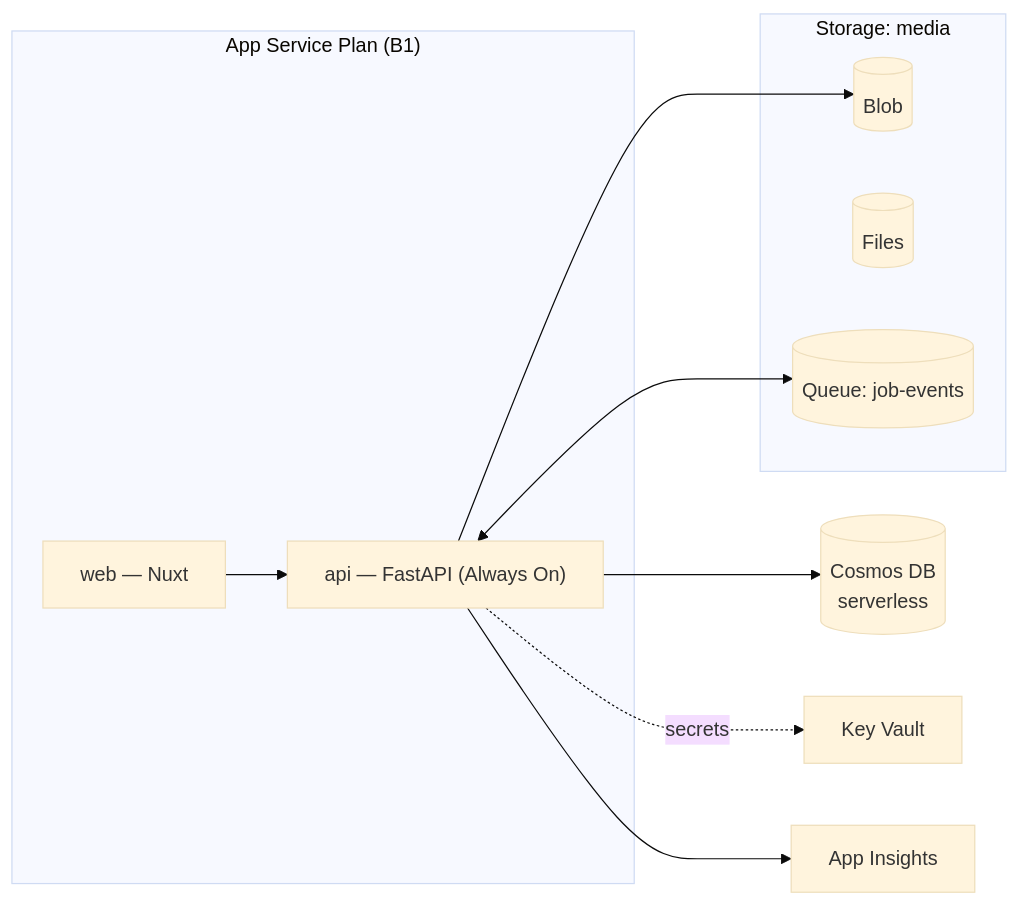
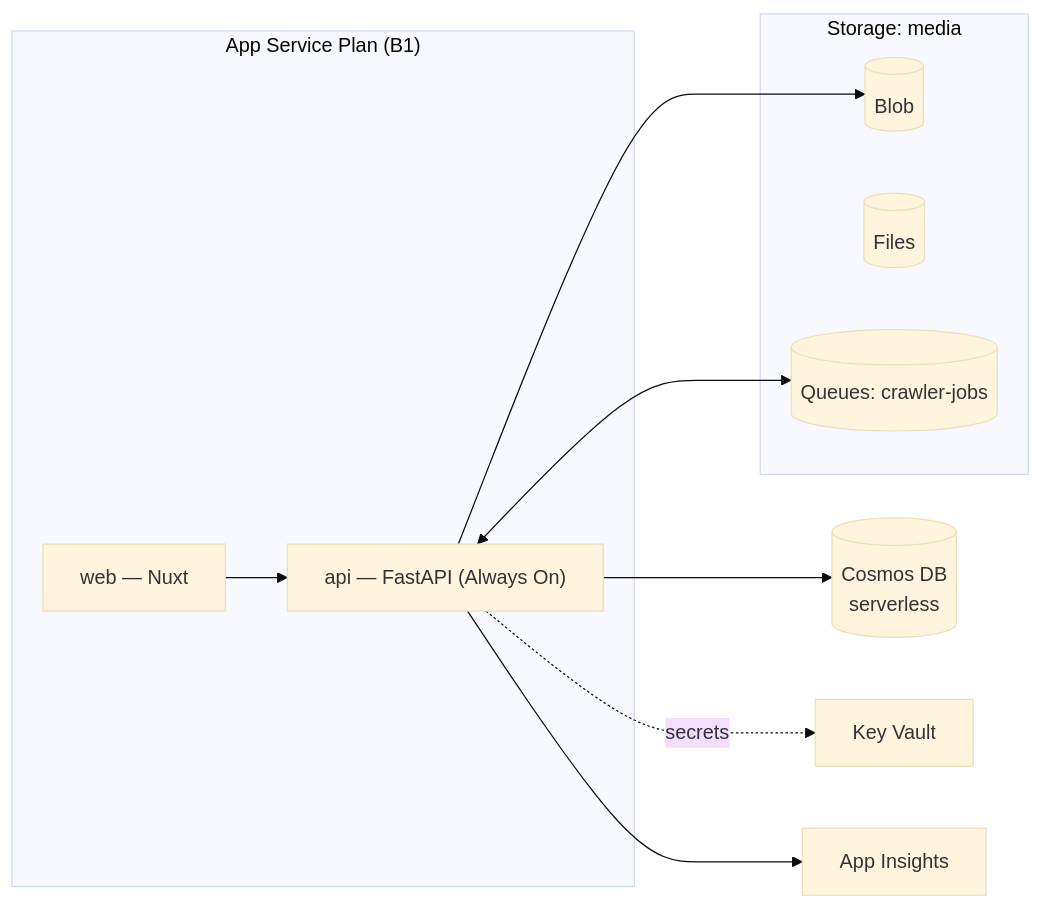
The diagram in docs/deployment.md (datntdev0/toolbox-media-studio), drawn with Mermaid (base theme) before and after one commit. The commit also changed other lines of this file and 25 other files, not shown here.

````diff
--- a/docs/deployment.md
+++ b/docs/deployment.md
@@ -34,22 +35,22 @@
 ```mermaid
 flowchart LR
     subgraph Plan["App Service Plan (B1)"]
         Web["web — Nuxt"]
         Api["api — FastAPI (Always On)"]
     end
     subgraph Media["Storage: media"]
         Blob[(Blob)]
         Files[(Files)]
-        Q[(Queue: job-events)]
+        Q[(Queues: crawler-jobs)]
     end
     Cosmos[("Cosmos DB<br/>serverless")]
     KV["Key Vault"]
     AI["App Insights"]
 
     Web --> Api
     Api --> Cosmos
     Api --> Blob
     Api <--> Q
     Api -. secrets .-> KV
     Api --> AI
 ```
````
